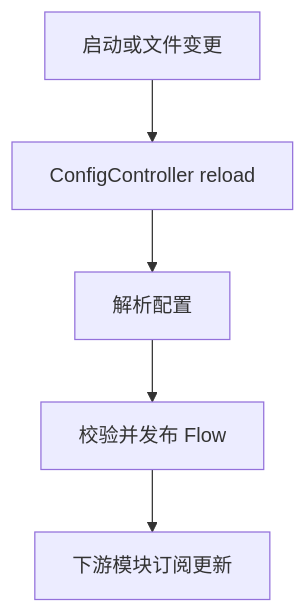
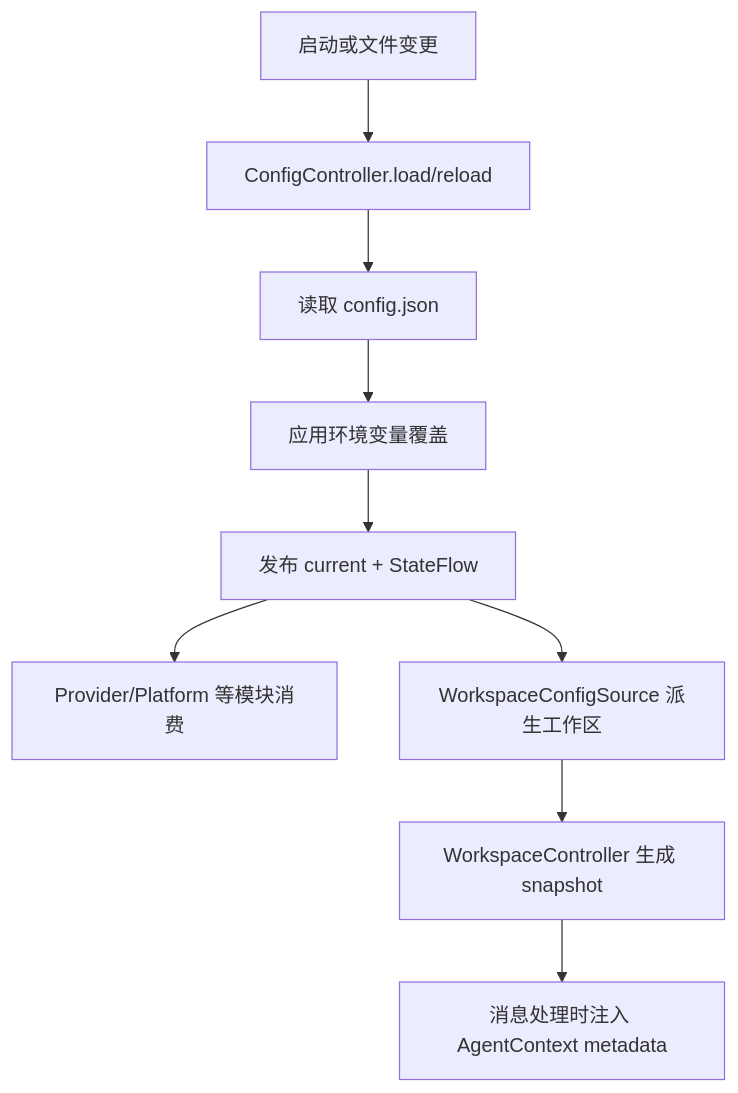
Before and after one commit to heyanLE/PriestessBot.kt: the third of 3 diagrams in docs/2026-06-26/config.md, drawn with Mermaid. The commit also changed other lines of this file and 121 other files, not shown here.

````diff
--- a/docs/2026-06-26/config.md
+++ b/docs/2026-06-26/config.md
@@ -42,7 +457,11 @@
 ```mermaid
 flowchart TD
-    A[启动或文件变更] --> B[ConfigController reload]
-    B --> C[解析配置]
-    C --> D[校验并发布 Flow]
-    D --> E[下游模块订阅更新]
+    A[启动或文件变更] --> B[ConfigController.load/reload]
+    B --> C[读取 config.json]
+    C --> D[应用环境变量覆盖]
+    D --> E[发布 current + StateFlow]
+    E --> F[Provider/Platform 等模块消费]
+    E --> G[WorkspaceConfigSource 派生工作区]
+    G --> H[WorkspaceController 生成 snapshot]
+    H --> I[消息处理时注入 AgentContext metadata]
 ```
````
